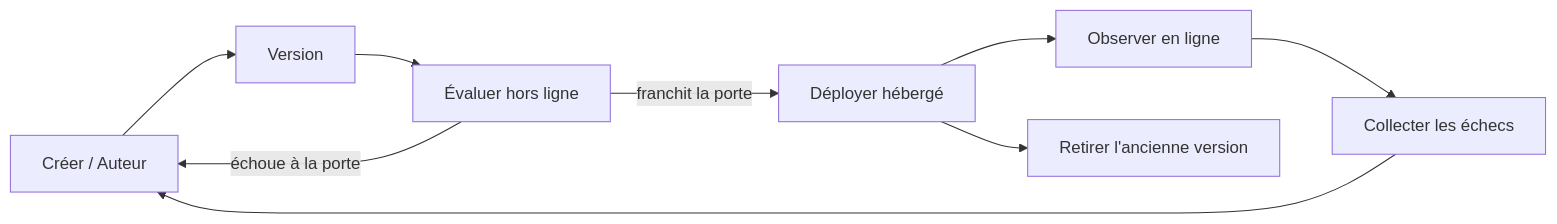
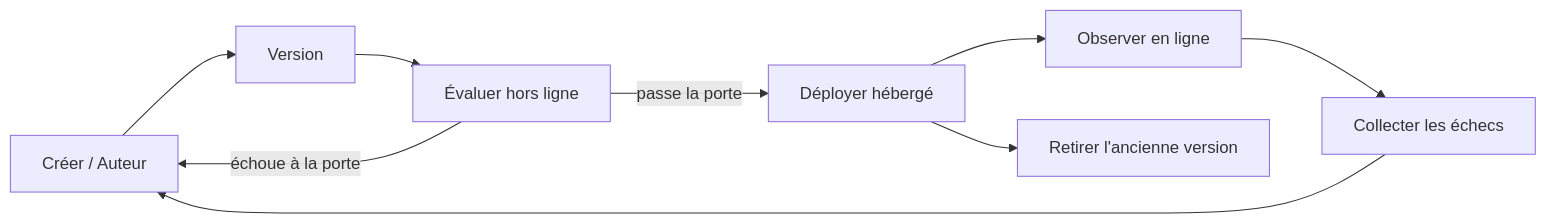
The second of 4 diagrams in translations/fr/16-deploying-scalable-agents/README.md (microsoft/ai-agents-for-beginners), drawn with Mermaid before and after one commit. The commit also changed other lines of this file and 47 other files, not shown here.

````diff
--- a/translations/fr/16-deploying-scalable-agents/README.md
+++ b/translations/fr/16-deploying-scalable-agents/README.md
@@ -108,11 +108,11 @@
 ```mermaid
 flowchart LR
     Create[Créer / Auteur] --> Version[Version]
     Version --> Evaluate[Évaluer hors ligne]
-    Evaluate -->|franchit la porte| Deploy[Déployer hébergé]
+    Evaluate -->|passe la porte| Deploy[Déployer hébergé]
     Evaluate -->|échoue à la porte| Create
     Deploy --> Observe[Observer en ligne]
     Observe --> Improve[Collecter les échecs]
     Improve --> Create
     Deploy --> Retire[Retirer l'ancienne version]
 ```
````
